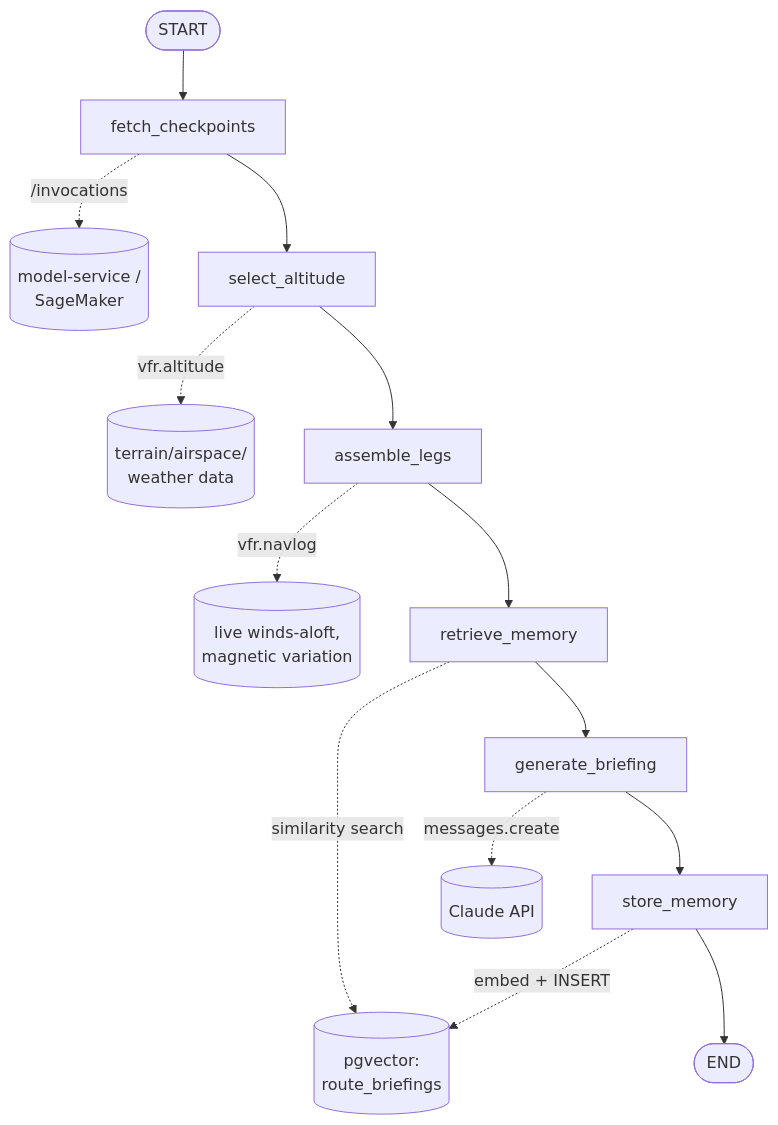
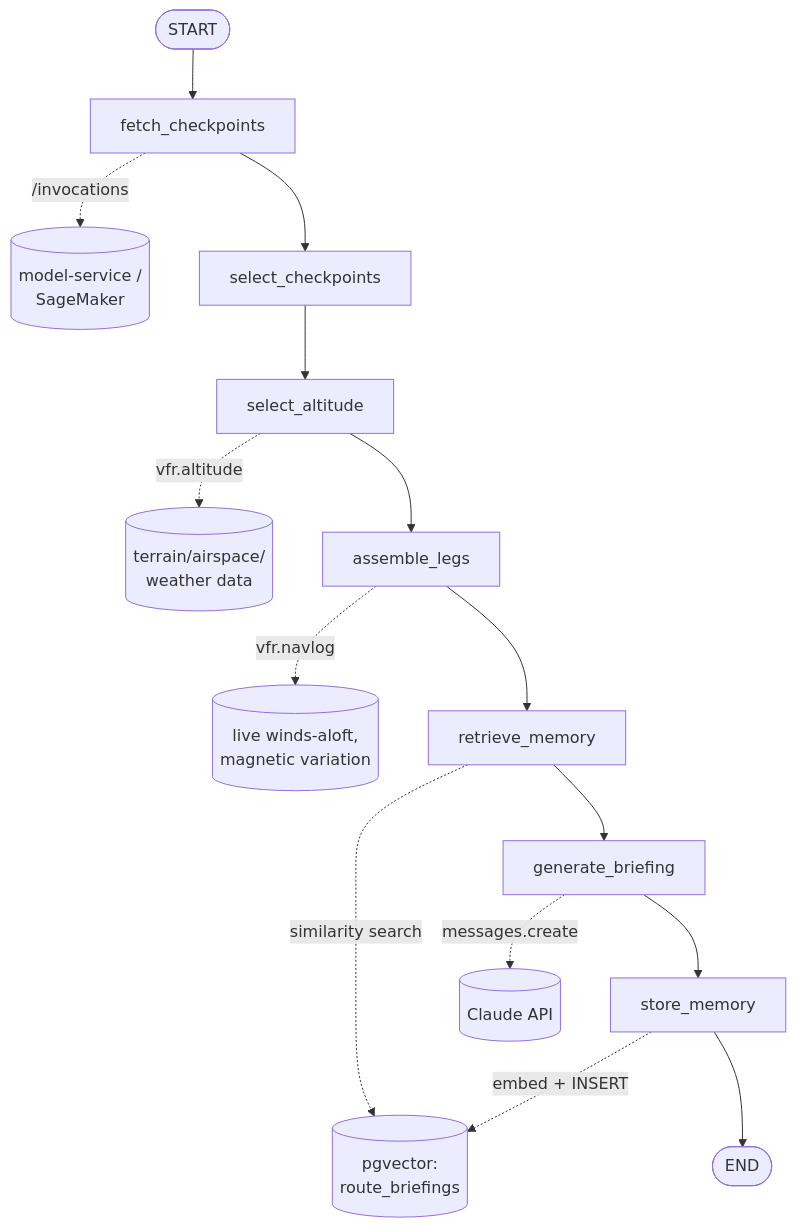
The fourth of 4 diagrams in docs/LEARNING-GUIDE.md (asdaq-samir/flight_plan), drawn with Mermaid before and after one commit. The commit also changed other lines of this file and 9 other files, not shown here.

````diff
--- a/docs/LEARNING-GUIDE.md
+++ b/docs/LEARNING-GUIDE.md
@@ -761,16 +731,17 @@
 ```mermaid
 flowchart TD
     START([START]) --> fetch[fetch_checkpoints]
     fetch -.->|/invocations| model[("model-service /\nSageMaker")]
-    fetch --> altitude[select_altitude]
+    fetch --> select[select_checkpoints]
+    select --> altitude[select_altitude]
     altitude -.->|vfr.altitude| terrain[("terrain/airspace/\nweather data")]
     altitude --> legs[assemble_legs]
     legs -.->|vfr.navlog| wind[("live winds-aloft,\nmagnetic variation")]
     legs --> memory[retrieve_memory]
     memory -.->|similarity search| pgvector[("pgvector:\nroute_briefings")]
     memory --> briefing[generate_briefing]
     briefing -.->|messages.create| claude[("Claude API")]
     briefing --> store[store_memory]
     store -.->|embed + INSERT| pgvector
     store --> END([END])
 ```
````
